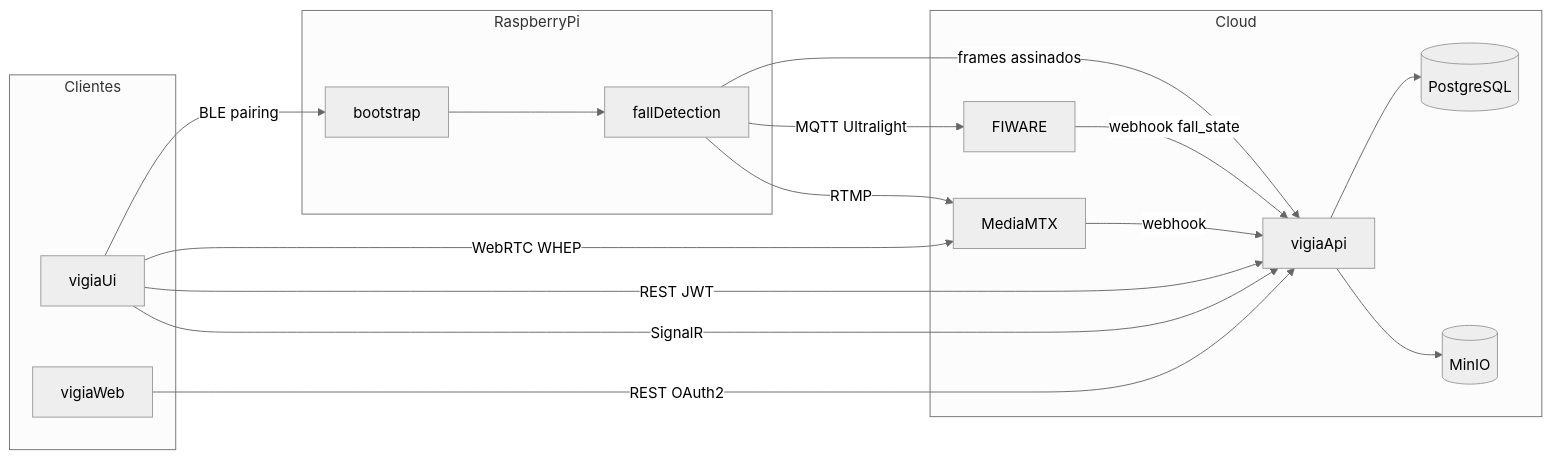
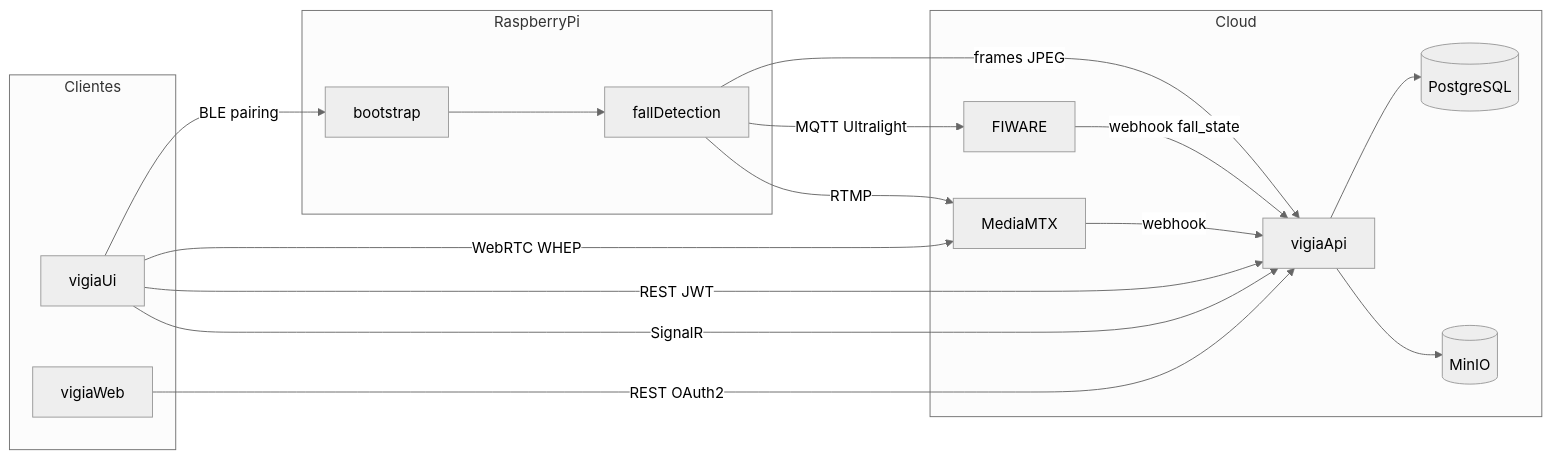
One commit to PedroReis16/vigia changed the diagram in docs/project-structure.md. Above: the diagram before and after it, drawn with Mermaid (neutral theme). The commit also changed other lines of this file and 50 other files, not shown here.

````diff
--- a/docs/project-structure.md
+++ b/docs/project-structure.md
@@ -543,31 +542,31 @@
 ```mermaid
 flowchart LR
     subgraph edge [RaspberryPi]
         Bootstrap[bootstrap]
         Fall[fallDetection]
         Bootstrap --> Fall
     end
     subgraph cloud [Cloud]
         API[vigiaApi]
         FIWARE[FIWARE]
         MTX[MediaMTX]
         PG[(PostgreSQL)]
         S3[(MinIO)]
     end
     subgraph clients [Clientes]
         App[vigiaUi]
         Web[vigiaWeb]
     end
     Fall -->|"MQTT Ultralight"| FIWARE
     Fall -->|RTMP| MTX
-    Fall -->|"frames assinados"| API
+    Fall -->|"frames JPEG"| API
     FIWARE -->|"webhook fall_state"| API
     MTX -->|webhook| API
     API --> PG
     API --> S3
     App -->|"REST JWT"| API
     App -->|"WebRTC WHEP"| MTX
     App -->|SignalR| API
     App -->|"BLE pairing"| Bootstrap
     Web -->|"REST OAuth2"| API
 ```
````
